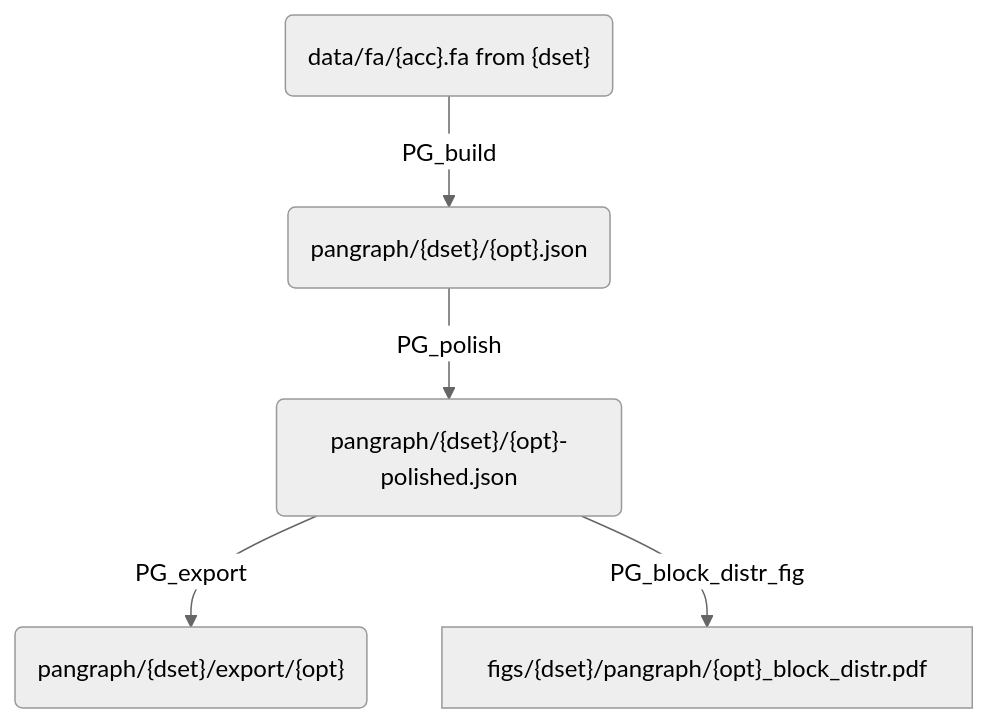
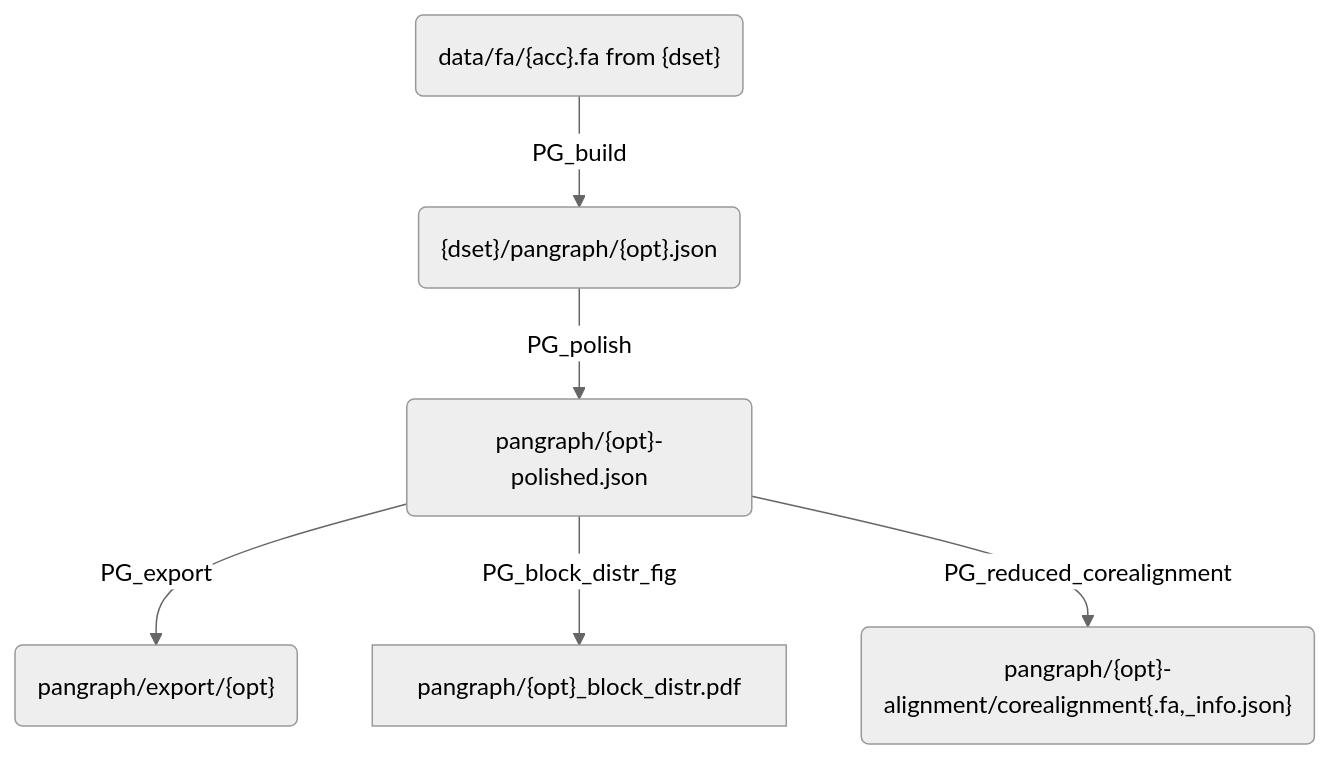
The second of 2 diagrams in notes/01_workflow_description.md (mmolari/ecoliST131-structural-evo), drawn with Mermaid (neutral theme) before and after one commit. The commit also changed other lines of this file and 2 other files, not shown here.

Commit message:
feat: extract restrocted core alignment

````diff
--- a/notes/01_workflow_description.md
+++ b/notes/01_workflow_description.md
@@ -16,7 +16,8 @@
 ```mermaid
 flowchart TD
-    A("data/fa/{acc}.fa from {dset}") --> |PG_build| B("pangraph/{dset}/{opt}.json") 
-    B --> |PG_polish| C("pangraph/{dset}/{opt}-polished.json")
-    C --> |PG_export| D("pangraph/{dset}/export/{opt}")
-    C --> |PG_block_distr_fig| E["figs/{dset}/pangraph/{opt}_block_distr.pdf"]
+    A("data/fa/{acc}.fa from {dset}") --> |PG_build| B("{dset}/pangraph/{opt}.json") 
+    B --> |PG_polish| C("pangraph/{opt}-polished.json")
+    C --> |PG_export| D("pangraph/export/{opt}")
+    C --> |PG_block_distr_fig| E["pangraph/{opt}_block_distr.pdf"]
+    C --> |PG_reduced_corealignment| F("pangraph/{opt}-alignment/corealignment{.fa,_info.json}")
 ```
````
